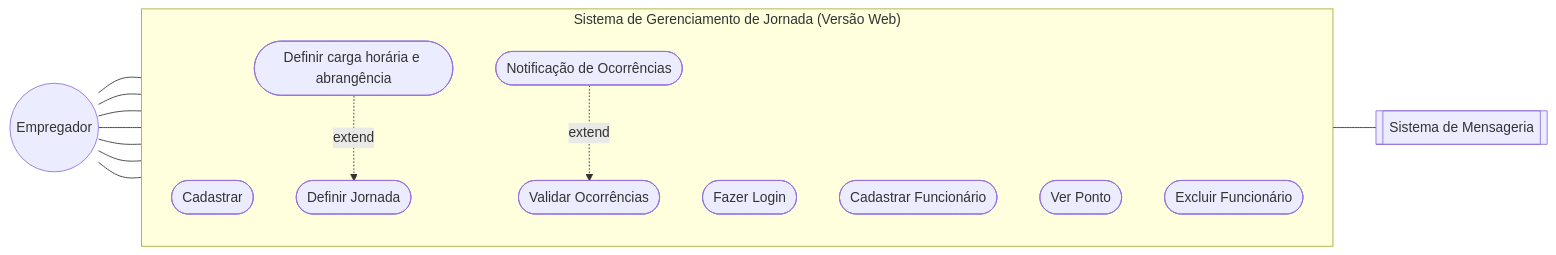
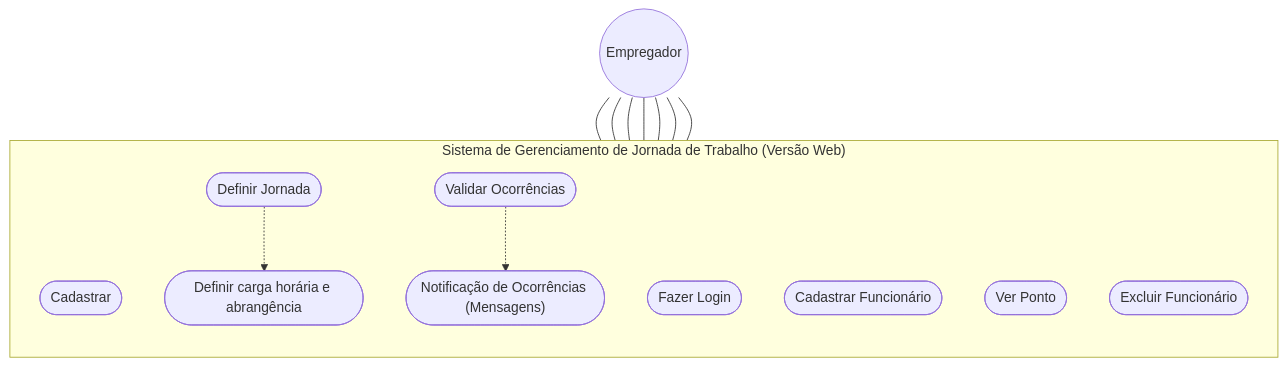
One commit to DanBenedetti/GeoPonto changed the second of 2 diagrams in README.md. Above: the diagram before and after it, drawn with Mermaid.

Commit message:
Ajuste Diagrama de Caso de Uso

````diff
--- a/README.md
+++ b/README.md
@@ -83,34 +83,29 @@
 ```mermaid
-flowchart LR
-    E((Empregador))
-    M[[Sistema de Mensageria]]
+flowchart TB
+    actor((Empregador))
 
-    subgraph Sistema ["Sistema de Gerenciamento de Jornada (Versão Web)"]
+    subgraph Sistema ["Sistema de Gerenciamento de Jornada de Trabalho (Versão Web)"]
         direction TB
         UC1([Cadastrar])
         UC2([Fazer Login])
         UC3([Cadastrar Funcionário])
         UC4([Definir Jornada])
-        UC5([Definir carga horária e abrangência])
-        UC6([Validar Ocorrências])
-        UC7([Notificação de Ocorrências])
-        UC8([Ver Ponto])
-        UC9([Excluir Funcionário])
+        UC5([Validar Ocorrências])
+        UC6([Ver Ponto])
+        UC7([Excluir Funcionário])
+
+        EXT1([Definir carga horária e abrangência])
+        EXT2(["Notificação de Ocorrências (Mensagens)"])
+
+        UC4 -.-> EXT1
+        UC5 -.-> EXT2
     end
 
-    %% Relacionamentos do Ator
-    E --- UC1
-    E --- UC2
-    E --- UC3
-    E --- UC4
-    E --- UC6
-    E --- UC8
-    E --- UC9
-
-    %% Relacionamentos de Extensão (Conforme a imagem)
-    UC5 -.->|extend| UC4
-    UC7 -.->|extend| UC6
-
-    %% Integração com Sistema Externo
-    UC7 --- M
+    actor --- UC1
+    actor --- UC2
+    actor --- UC3
+    actor --- UC4
+    actor --- UC5
+    actor --- UC6
+    actor --- UC7
 ```
````
